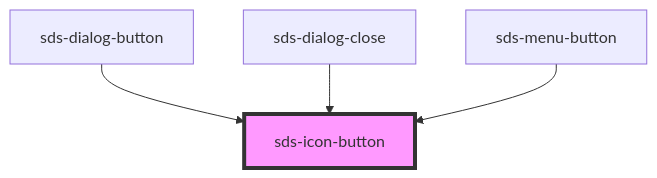
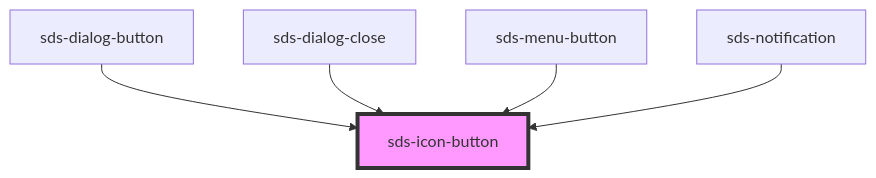
One commit to chodgesfigma/sds-mono changed the diagram in packages/sds-web-components/src/ui/primitives/button/sds-icon-button/readme.md. Above: the diagram before and after it, drawn with Mermaid. The commit also changed other lines of this file and 10 other files, not shown here.

````diff
--- a/packages/sds-web-components/src/ui/primitives/button/sds-icon-button/readme.md
+++ b/packages/sds-web-components/src/ui/primitives/button/sds-icon-button/readme.md
@@ -28,7 +29,8 @@
 ```mermaid
 graph TD;
   sds-dialog-button --> sds-icon-button
   sds-dialog-close --> sds-icon-button
   sds-menu-button --> sds-icon-button
+  sds-notification --> sds-icon-button
   style sds-icon-button fill:#f9f,stroke:#333,stroke-width:4px
 ```
````
